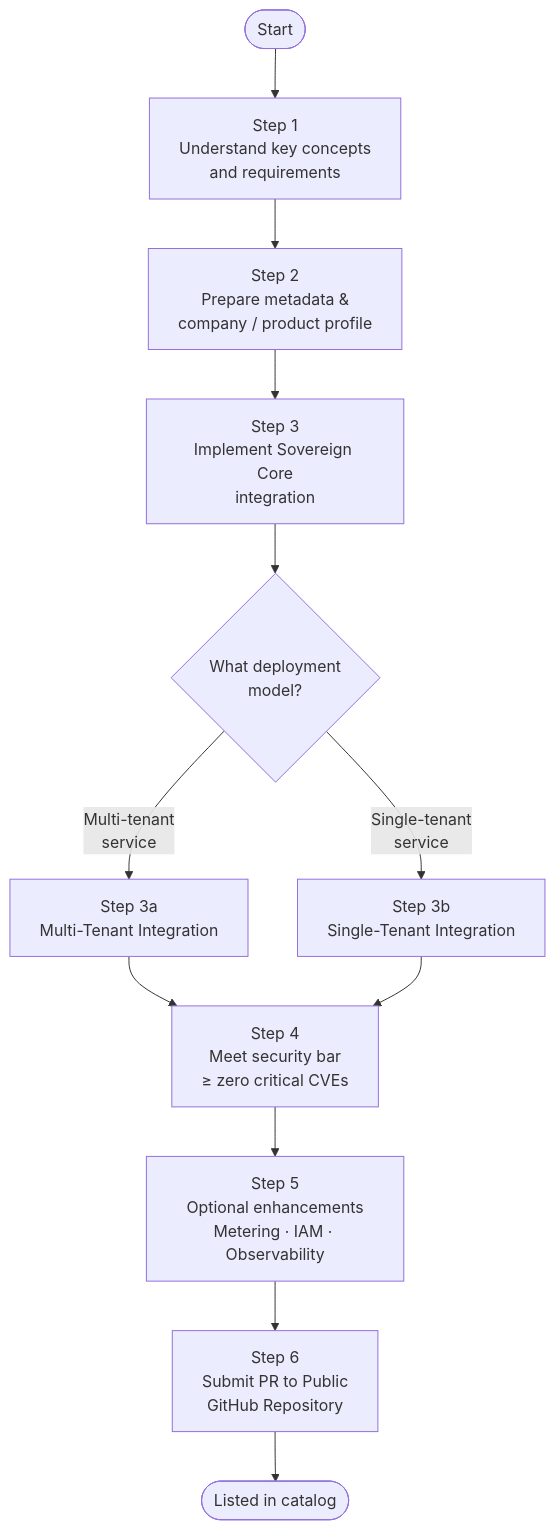
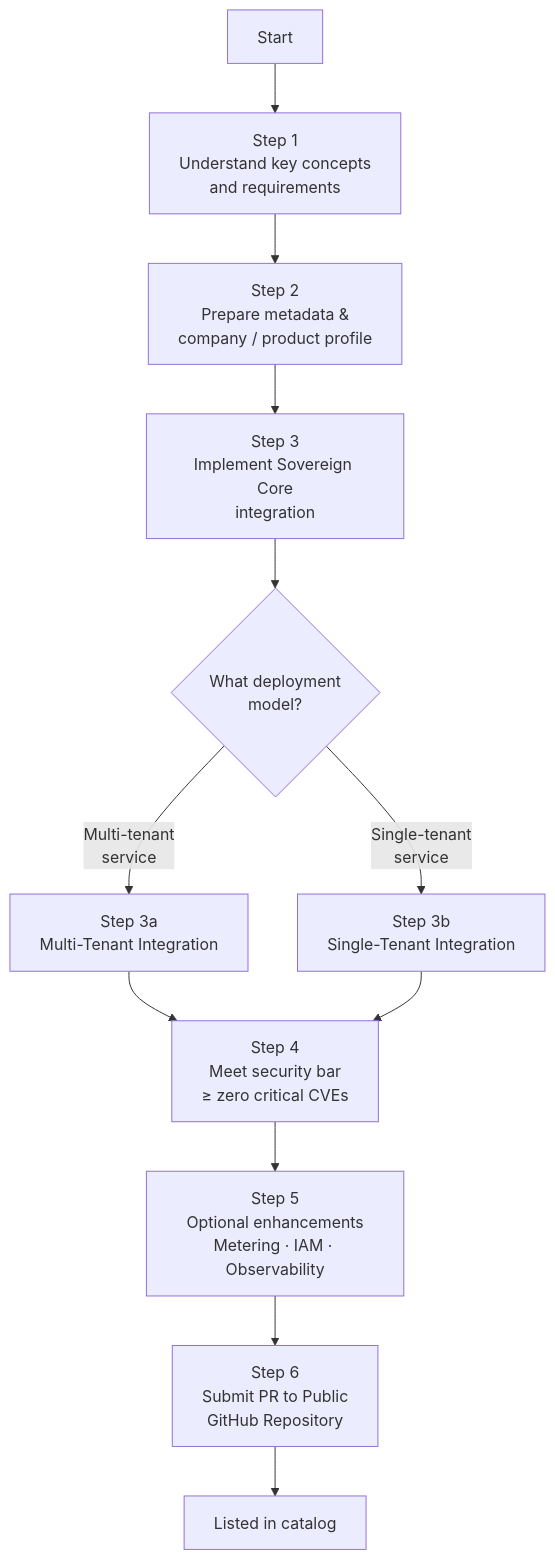
The second of 6 diagrams in docs/catalog-onboarding-guide.md (IBM/sovereign-core-catalog), drawn with Mermaid before and after one commit.

Commit message:
docs: remove stadium nodes from onboarding journey diagram to reduce top padding

````diff
--- a/docs/catalog-onboarding-guide.md
+++ b/docs/catalog-onboarding-guide.md
@@ -234,14 +234,14 @@
 ```mermaid
 flowchart TD
-    A([Start]) --> B[Step 1<br/>Understand key concepts<br/>and requirements]
+    A[Start] --> B[Step 1<br/>Understand key concepts<br/>and requirements]
     B --> C[Step 2<br/>Prepare metadata &<br/>company / product profile]
     C --> D[Step 3<br/>Implement Sovereign Core<br/>integration]
     D --> E{What deployment<br/>model?}
     E -- "Multi-tenant<br/>service" --> F[Step 3a<br/>Multi-Tenant Integration]
     E -- "Single-tenant<br/>service" --> G[Step 3b<br/>Single-Tenant Integration]
     F --> H[Step 4<br/>Meet security bar<br/>≥ zero critical CVEs]
     G --> H
     H --> I[Step 5<br/>Optional enhancements<br/>Metering · IAM · Observability]
     I --> J[Step 6<br/>Submit PR to Public<br/>GitHub Repository]
-    J --> K([Listed in catalog])
+    J --> K[Listed in catalog]
 ```
````
